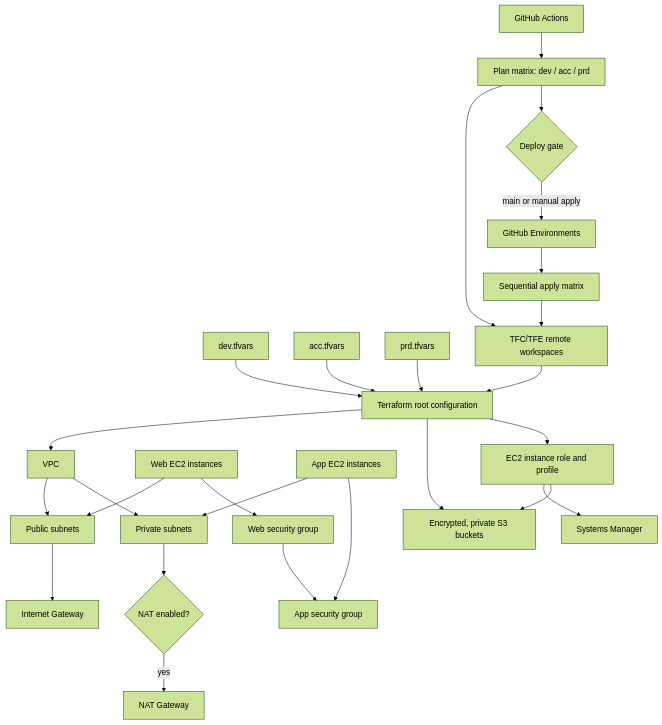
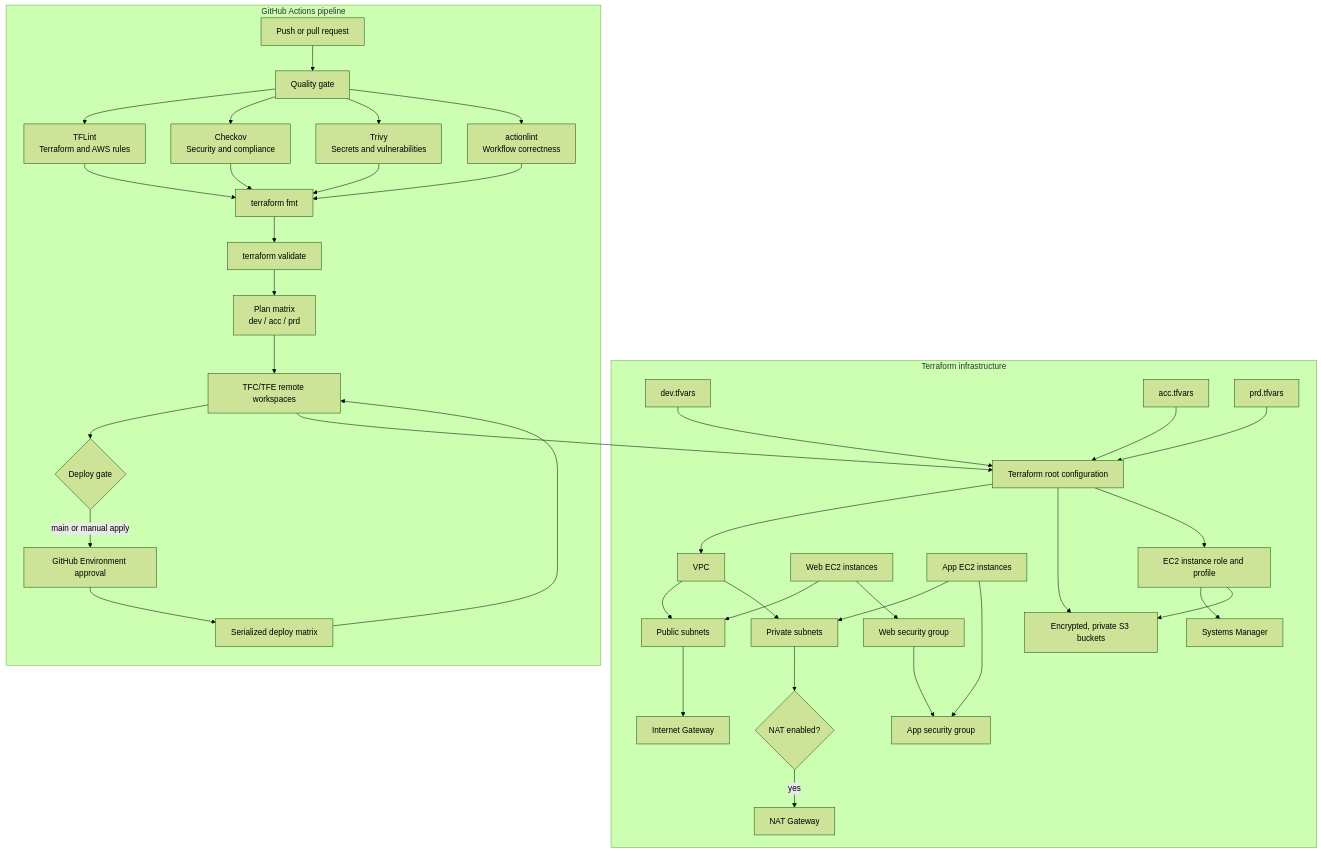
Before and after one commit to dxnishG/AWS-Multi-Env-Terraform-Template: the diagram in README.md, drawn with Mermaid (forest theme). The commit also changed other lines of this file and 7 other files, not shown here.

````diff
--- a/README.md
+++ b/README.md
@@ -23,28 +23,44 @@
 ```mermaid
 flowchart TB
+  subgraph infrastructure[Terraform infrastructure]
     dev[dev.tfvars] --> root[Terraform root configuration]
     acc[acc.tfvars] --> root
     prd[prd.tfvars] --> root
     root --> vpc[VPC]
     vpc --> public[Public subnets]
     vpc --> private[Private subnets]
     public --> igw[Internet Gateway]
     private --> nat{NAT enabled?}
     nat -->|yes| natgw[NAT Gateway]
     web[Web EC2 instances] --> public
     app[App EC2 instances] --> private
     web --> websg[Web security group]
     app --> appsg[App security group]
     websg --> appsg
     root --> s3[Encrypted, private S3 buckets]
     root --> iam[EC2 instance role and profile]
     iam --> ssm[Systems Manager]
     iam --> s3
-    gha[GitHub Actions] --> plan[Plan matrix: dev / acc / prd]
-    plan --> tfe[TFC/TFE remote workspaces]
-    tfe --> root
-    plan --> deploy{Deploy gate}
-    deploy -->|main or manual apply| githubenv[GitHub Environments]
-    githubenv --> apply[Sequential apply matrix]
-    apply --> tfe
+  end
+
+  subgraph pipeline[GitHub Actions pipeline]
+    change[Push or pull request] --> quality[Quality gate]
+    quality --> tflint[TFLint<br/>Terraform and AWS rules]
+    quality --> checkov[Checkov<br/>Security and compliance]
+    quality --> trivy[Trivy<br/>Secrets and vulnerabilities]
+    quality --> actionlint[actionlint<br/>Workflow correctness]
+    tflint --> fmt[terraform fmt]
+    checkov --> fmt
+    trivy --> fmt
+    actionlint --> fmt
+    fmt --> validate[terraform validate]
+    validate --> plans[Plan matrix<br/>dev / acc / prd]
+    plans --> remote[TFC/TFE remote workspaces]
+    remote --> deploygate{Deploy gate}
+    deploygate -->|main or manual apply| approval[GitHub Environment approval]
+    approval --> deploy[Serialized deploy matrix]
+    deploy --> remote
+  end
+
+  remote --> root
 ```
````
